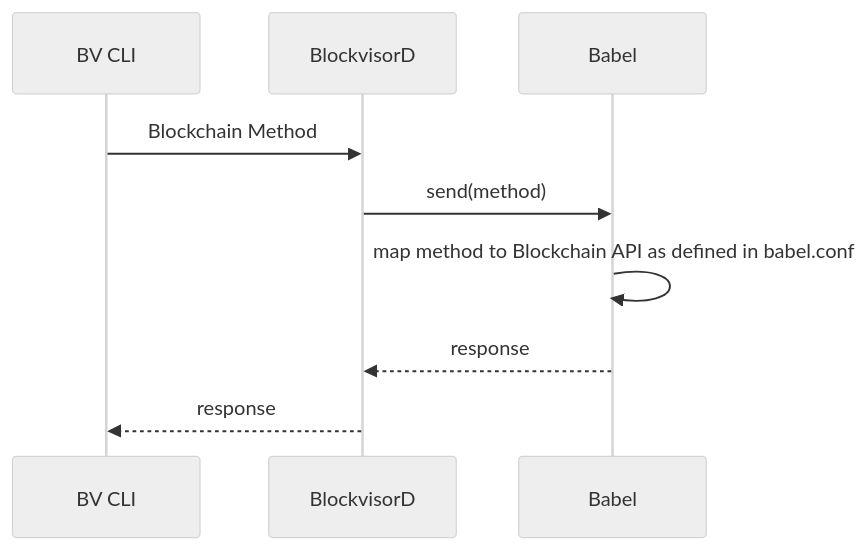
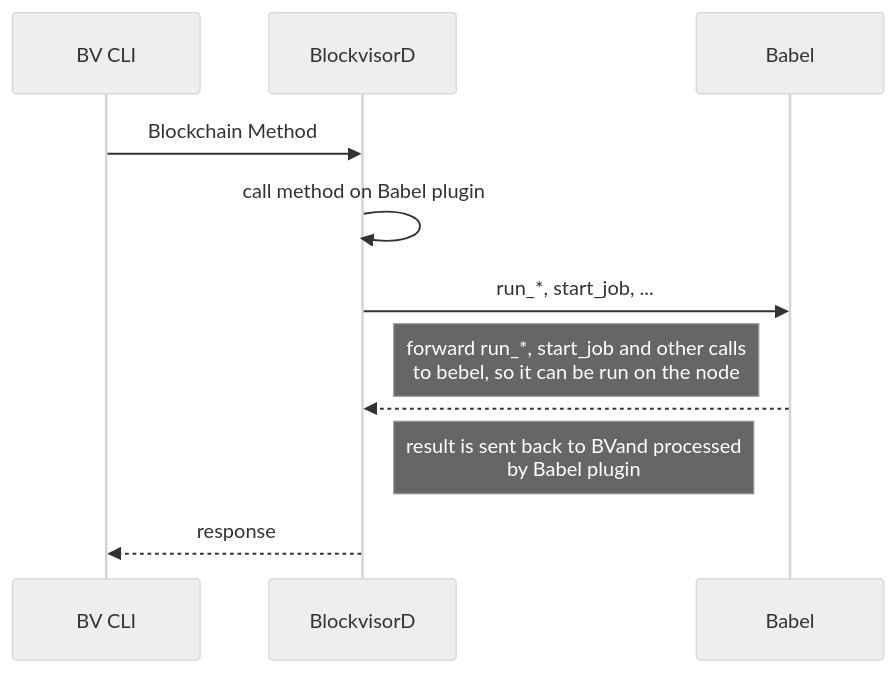
Before and after one commit to blockjoy/blockvisor: the fourth of 7 diagrams in README.md, drawn with Mermaid (neutral theme). The commit also changed other lines of this file and 4 other files, not shown here.

````diff
--- a/README.md
+++ b/README.md
@@ -172,12 +170,14 @@
 ```mermaid
 sequenceDiagram
     participant cli as BV CLI
     participant bv as BlockvisorD
     participant babel as Babel
 
     cli->>bv: Blockchain Method
-    bv->>babel: send(method)
-    babel->>babel: map method to Blockchain API as defined in babel.conf
-    babel-->>bv: response
+    bv ->> bv: call method on Babel plugin  
+    bv ->> babel: run_*, start_job, ...
+    Note right of bv: forward run_*, start_job and other calls<br> to bebel, so it can be run on the node
+    babel -->> bv: 
+    Note right of bv: result is sent back to BVand processed<br>  by Babel plugin 
     bv-->>cli: response
 ```
````
